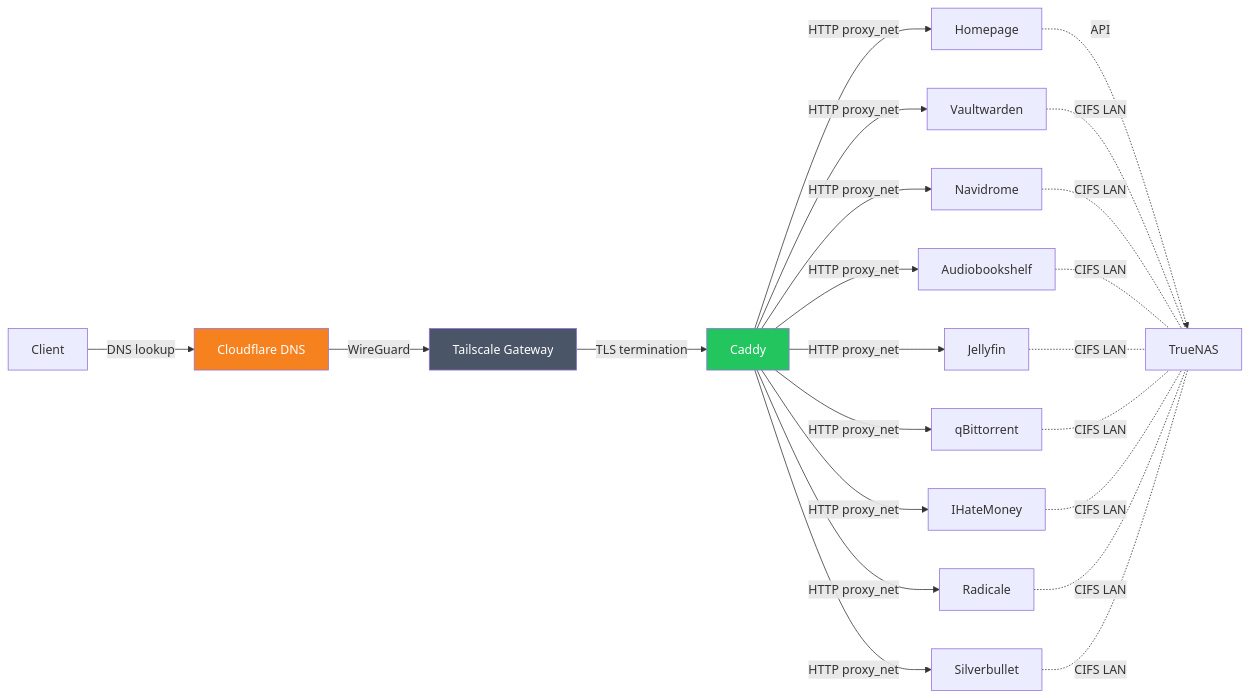
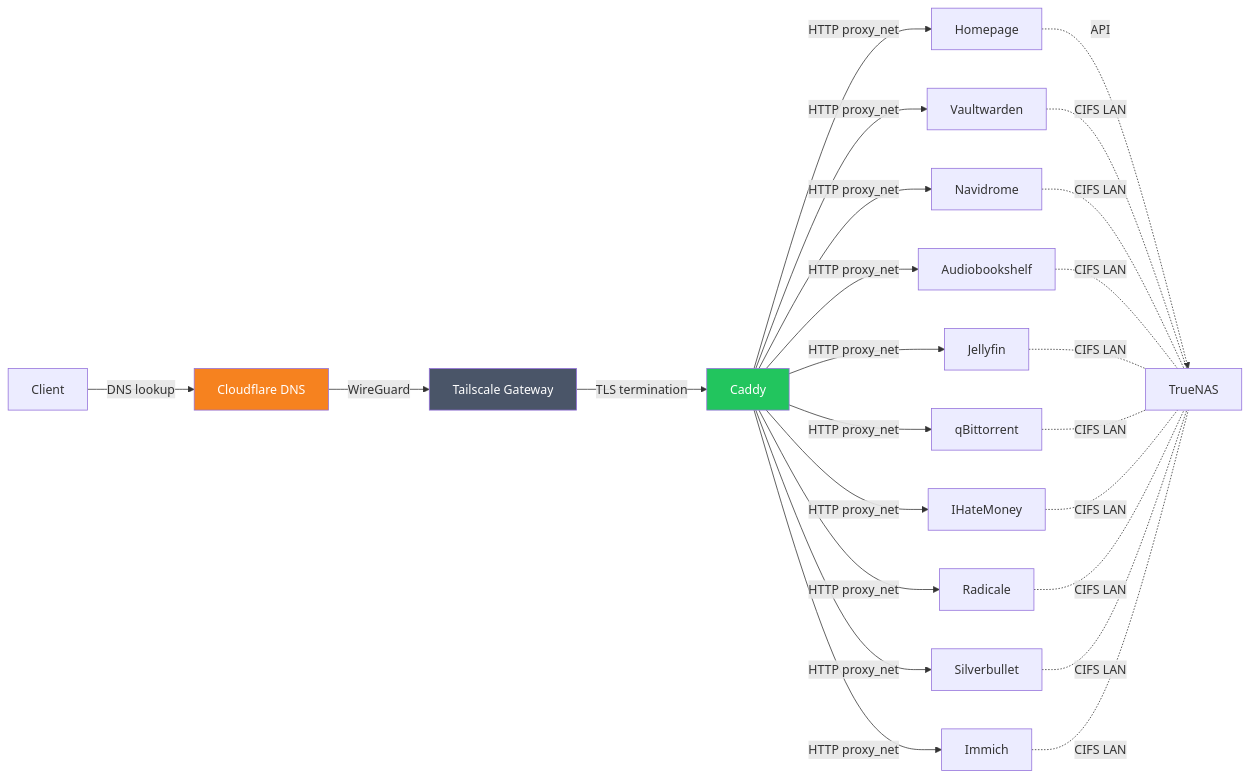
One commit to masolnada/homelab changed the second of 2 diagrams in README.md. Above: the diagram before and after it, drawn with Mermaid. The commit also changed other lines of this file and 3 other files, not shown here.

````diff
--- a/README.md
+++ b/README.md
@@ -76,28 +82,30 @@
 ```mermaid
 graph LR
     Client -->|DNS lookup| CF[Cloudflare DNS]
     CF -->|WireGuard| TS[Tailscale Gateway]
     TS -->|TLS termination| Caddy
     Caddy -->|HTTP proxy_net| Homepage
     Caddy -->|HTTP proxy_net| Vaultwarden
     Caddy -->|HTTP proxy_net| Navidrome
     Caddy -->|HTTP proxy_net| Audiobookshelf
     Caddy -->|HTTP proxy_net| IHateMoney
     Caddy -->|HTTP proxy_net| Jellyfin
     Caddy -->|HTTP proxy_net| qBittorrent
     Caddy -->|HTTP proxy_net| Radicale
     Caddy -->|HTTP proxy_net| Silverbullet
+    Caddy -->|HTTP proxy_net| Immich
     Homepage -.->|API| NAS[TrueNAS]
     Vaultwarden -.-|CIFS LAN| NAS
     Navidrome -.-|CIFS LAN| NAS
     Audiobookshelf -.-|CIFS LAN| NAS
     Jellyfin -.-|CIFS LAN| NAS
     qBittorrent -.-|CIFS LAN| NAS
     IHateMoney -.-|CIFS LAN| NAS
     Radicale -.-|CIFS LAN| NAS
     Silverbullet -.-|CIFS LAN| NAS
+    Immich -.-|CIFS LAN| NAS
 
     style CF fill:#f6821f,color:#fff
     style TS fill:#4a5568,color:#fff
     style Caddy fill:#22c55e,color:#fff
 ```
````
